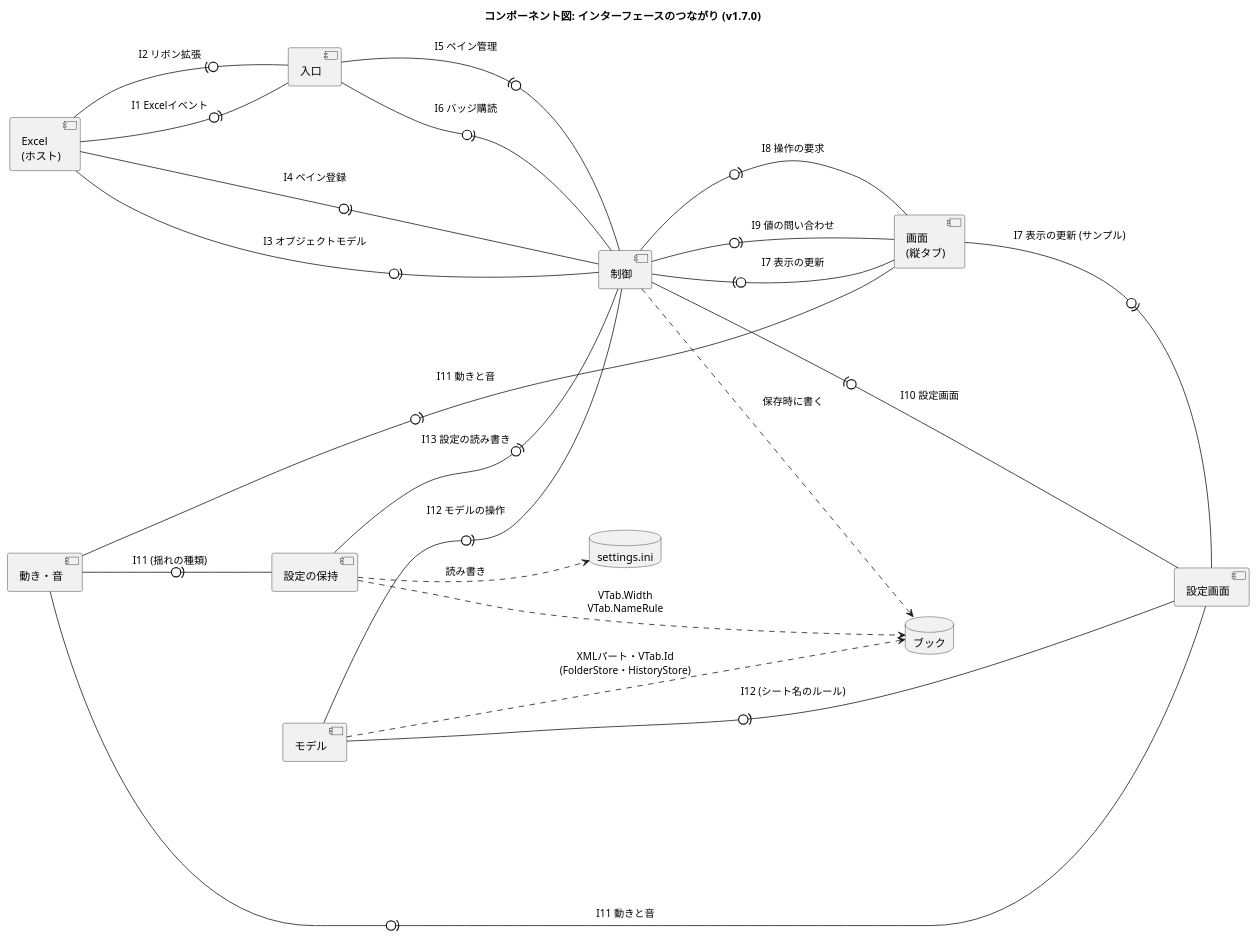
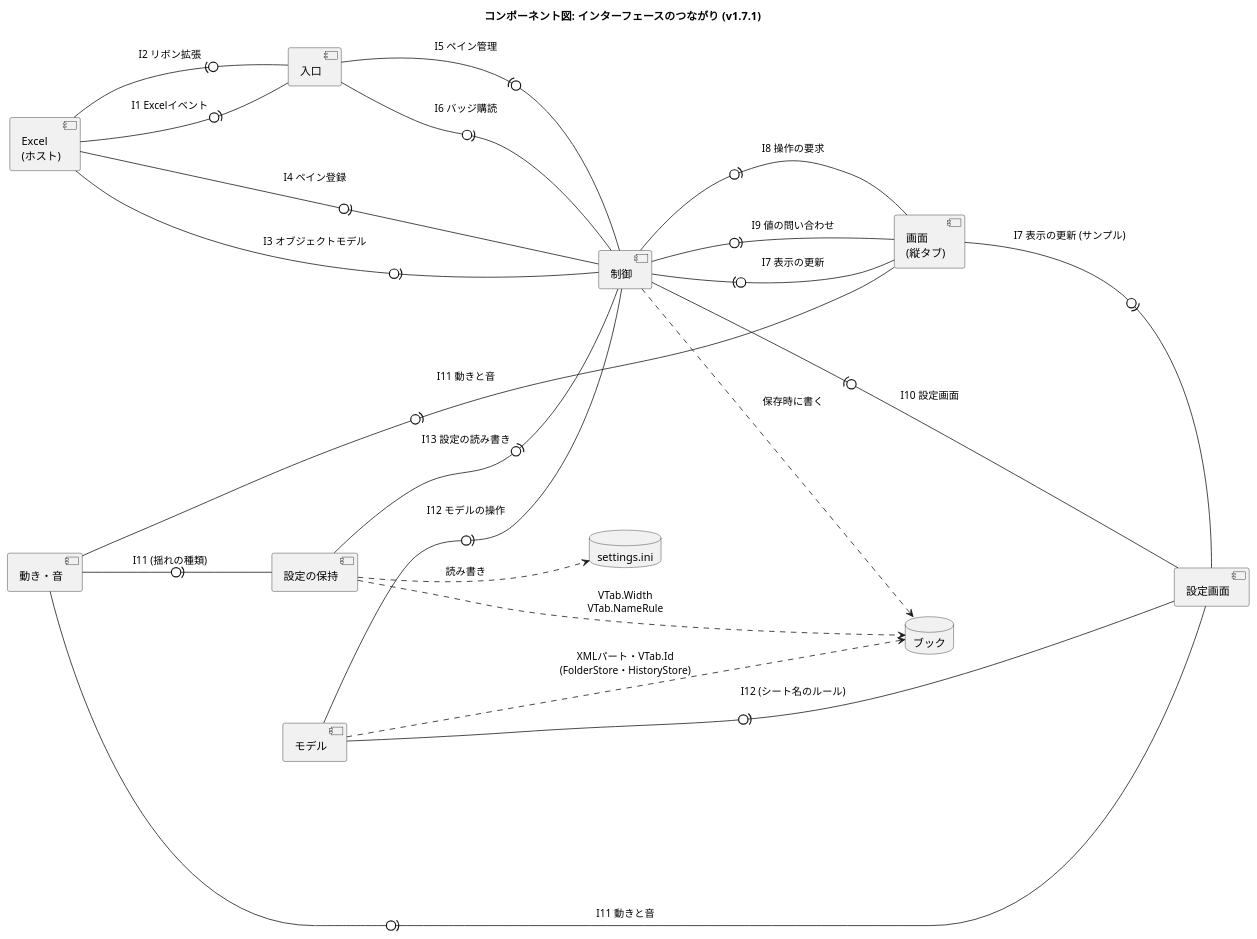
Before and after one commit to nk-taka623/VerticalSheetTabs: the diagram in docs/component-interface.puml, drawn with PlantUML. The commit also changed 15 other files, not shown here.

Commit message:
v1.7.1 にする: 版数、README の変更点、図、設定画面の画像を更新する

```diff
--- a/docs/component-interface.puml
+++ b/docs/component-interface.puml
@@ -1,43 +1,43 @@
 @startuml
-title コンポーネント図: インターフェースのつながり (v1.7.0)
+title コンポーネント図: インターフェースのつながり (v1.7.1)
 left to right direction
 skinparam componentStyle uml2
 skinparam shadowing false
 skinparam nodesep 50
 skinparam ranksep 110
 
 component "Excel\n(ホスト)" as HOST
 component "入口" as ENTRY
 component "制御" as CTRL
 component "画面\n(縦タブ)" as VIEW
 component "設定画面" as SETTINGS
 component "動き・音" as FX
 component "モデル" as MODEL
 component "設定の保持" as CONFIG
 database "ブック" as BOOK
 database "settings.ini" as INI
 
 ' 「提供側 -0)- 利用側」: 丸が提供するインターフェース、受け口が利用 (I1 から I13 は、DEVELOPMENT.md の表)
 HOST -0)- ENTRY : I1 Excelイベント
 ENTRY -0)- HOST : I2 リボン拡張
 HOST -0)- CTRL : I3 オブジェクトモデル
 HOST -0)- CTRL : I4 ペイン登録
 CTRL -0)- ENTRY : I5 ペイン管理
 ENTRY -0)- CTRL : I6 バッジ購読
 VIEW -0)- CTRL : I7 表示の更新
 CTRL -0)- VIEW : I8 操作の要求
 CTRL -0)- VIEW : I9 値の問い合わせ
 SETTINGS -0)- CTRL : I10 設定画面
 VIEW -0)- SETTINGS : I7 表示の更新 (サンプル)
 FX -0)- VIEW : I11 動きと音
 FX -0)- SETTINGS : I11 動きと音
 FX -0)- CONFIG : I11 (揺れの種類)
 MODEL -0)- CTRL : I12 モデルの操作
 MODEL -0)- SETTINGS : I12 (シート名のルール)
 CONFIG -0)- CTRL : I13 設定の読み書き
 
 CTRL ..> BOOK : 保存時に書く
 MODEL ..> BOOK : XMLパート・VTab.Id\n(FolderStore・HistoryStore)
 CONFIG ..> BOOK : VTab.Width\nVTab.NameRule
 CONFIG ..> INI : 読み書き
 @enduml
```
